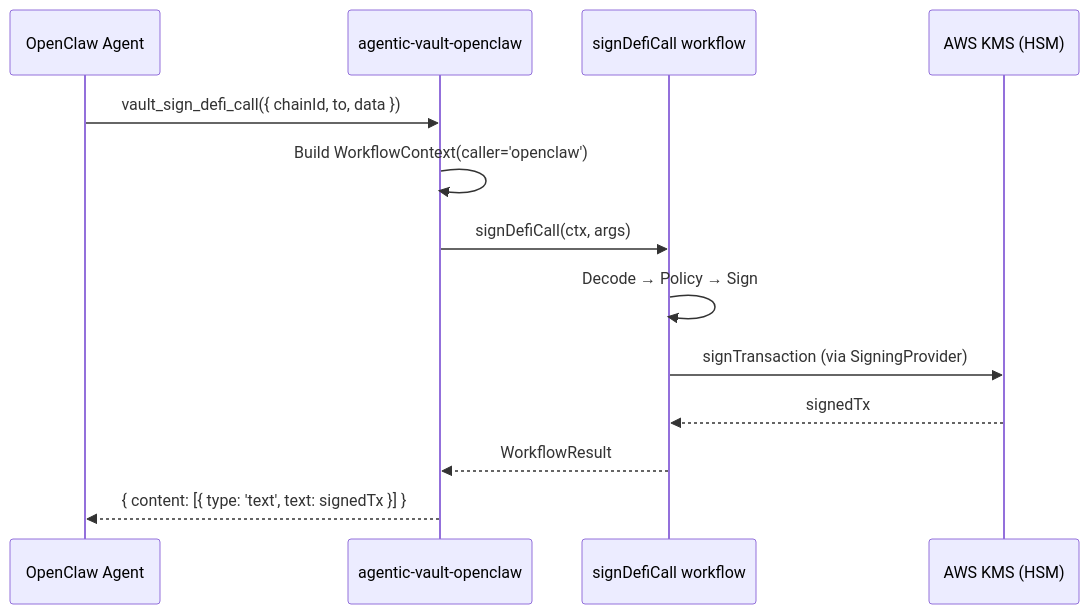
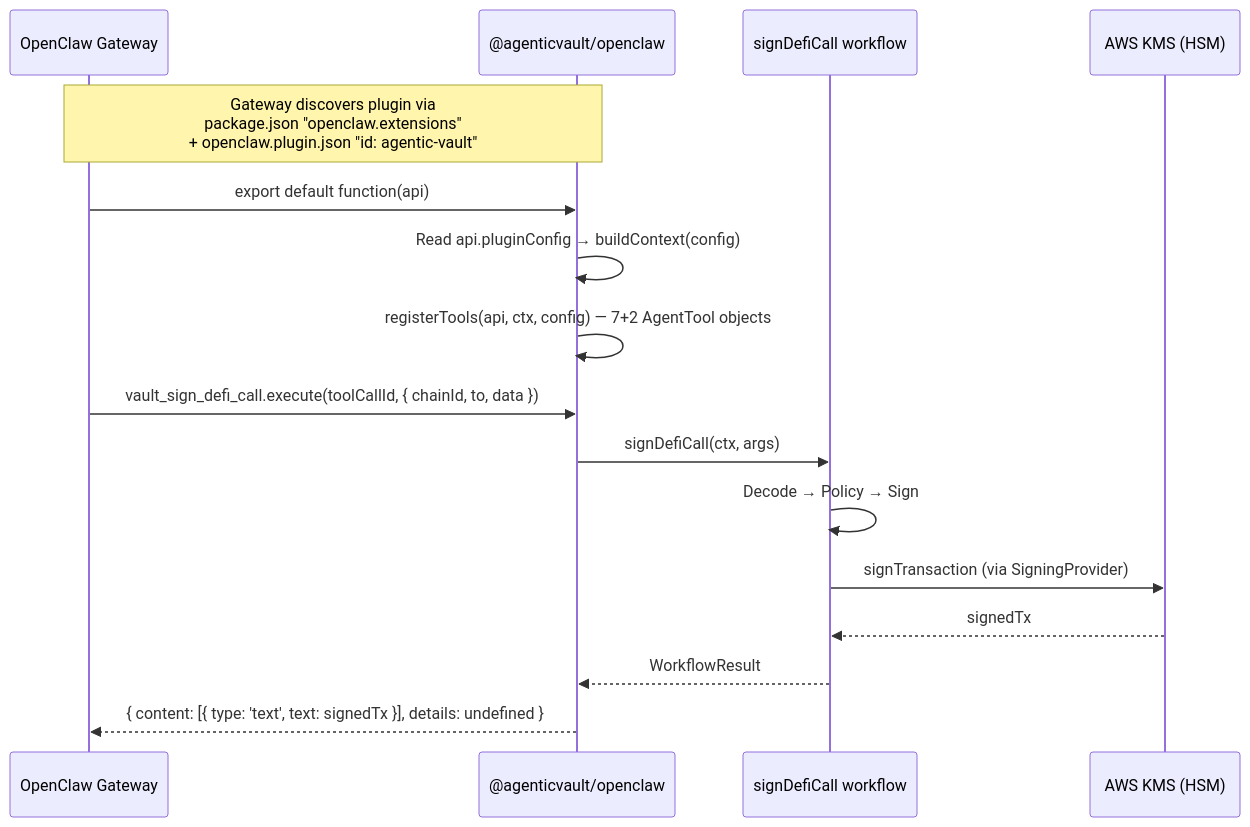
The fourth of 4 diagrams in docs/features/defi-protocol-integration/2-tech-spec.md (agenticvault/agentic-vault), drawn with Mermaid before and after one commit. The commit also changed other lines of this file and 19 other files, not shown here.

````diff
--- a/docs/features/defi-protocol-integration/2-tech-spec.md
+++ b/docs/features/defi-protocol-integration/2-tech-spec.md
@@ -1420,16 +1502,20 @@
 ```mermaid
 sequenceDiagram
-    participant OC as OpenClaw Agent
-    participant Plugin as agentic-vault-openclaw
+    participant OC as OpenClaw Gateway
+    participant Plugin as @agenticvault/openclaw
     participant WF as signDefiCall workflow
     participant KMS as AWS KMS (HSM)
 
-    OC->>Plugin: vault_sign_defi_call({ chainId, to, data })
-    Plugin->>Plugin: Build WorkflowContext(caller='openclaw')
+    Note over OC,Plugin: Gateway discovers plugin via<br/>package.json "openclaw.extensions"<br/>+ openclaw.plugin.json "id: agentic-vault"
+    OC->>Plugin: export default function(api)
+    Plugin->>Plugin: Read api.pluginConfig → buildContext(config)
+    Plugin->>Plugin: registerTools(api, ctx, config) — 7+2 AgentTool objects
+
+    OC->>Plugin: vault_sign_defi_call.execute(toolCallId, { chainId, to, data })
     Plugin->>WF: signDefiCall(ctx, args)
     WF->>WF: Decode → Policy → Sign
     WF->>KMS: signTransaction (via SigningProvider)
     KMS-->>WF: signedTx
     WF-->>Plugin: WorkflowResult
-    Plugin-->>OC: { content: [{ type: 'text', text: signedTx }] }
+    Plugin-->>OC: { content: [{ type: 'text', text: signedTx }], details: undefined }
 ```
````
